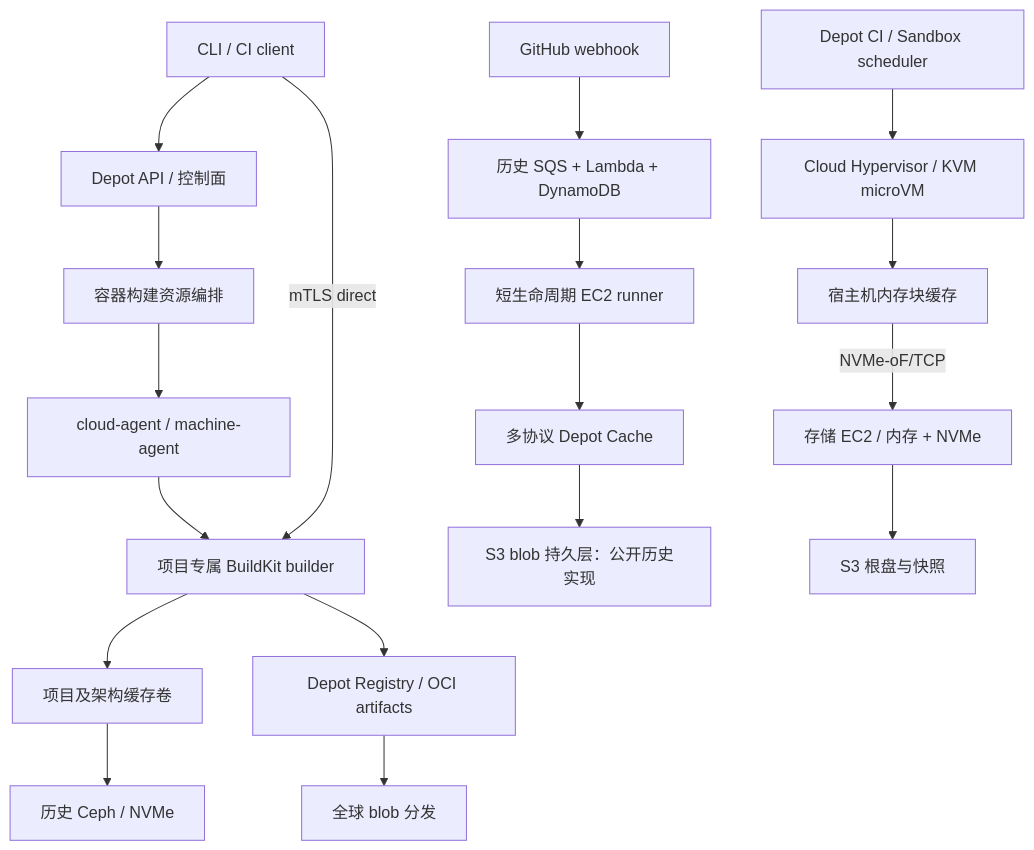
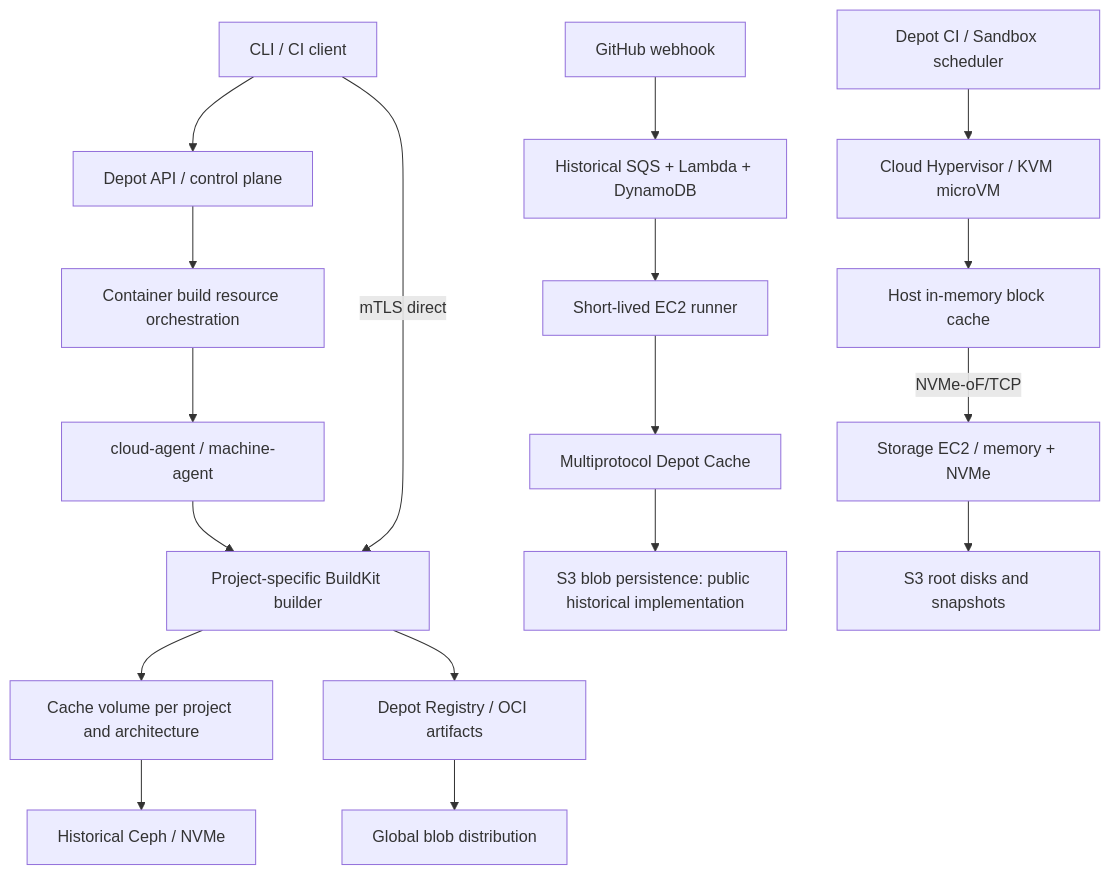
The diagram in docs/research/depot/compute-evidence.md (expbuild/expbuild), drawn with Mermaid before and after one commit. The commit also changed other lines of this file and 39 other files, not shown here.

````diff
--- a/docs/research/depot/compute-evidence.md
+++ b/docs/research/depot/compute-evidence.md
@@ -95,20 +95,20 @@
 ```mermaid
 flowchart TB
-    C[CLI / CI client] --> CP[Depot API / 控制面]
-    CP --> P[容器构建资源编排]
+    C[CLI / CI client] --> CP[Depot API / control plane]
+    CP --> P[Container build resource orchestration]
     P --> BA[cloud-agent / machine-agent]
-    BA --> BK[项目专属 BuildKit builder]
+    BA --> BK[Project-specific BuildKit builder]
     C -->|mTLS direct| BK
-    BK --> CV[项目及架构缓存卷]
-    CV --> OLD[历史 Ceph / NVMe]
+    BK --> CV[Cache volume per project and architecture]
+    CV --> OLD[Historical Ceph / NVMe]
     BK --> R[Depot Registry / OCI artifacts]
-    G[GitHub webhook] --> GP[历史 SQS + Lambda + DynamoDB]
-    GP --> GR[短生命周期 EC2 runner]
-    GR --> RC[多协议 Depot Cache]
-    RC --> S3[S3 blob 持久层：公开历史实现]
+    G[GitHub webhook] --> GP[Historical SQS + Lambda + DynamoDB]
+    GP --> GR[Short-lived EC2 runner]
+    GR --> RC[Multiprotocol Depot Cache]
+    RC --> S3[S3 blob persistence: public historical implementation]
     CI[Depot CI / Sandbox scheduler] --> VM[Cloud Hypervisor / KVM microVM]
-    VM --> H[宿主机内存块缓存]
-    H -->|NVMe-oF/TCP| ST[存储 EC2 / 内存 + NVMe]
-    ST --> SS[S3 根盘与快照]
-    R --> CDN[全球 blob 分发]
+    VM --> H[Host in-memory block cache]
+    H -->|NVMe-oF/TCP| ST[Storage EC2 / memory + NVMe]
+    ST --> SS[S3 root disks and snapshots]
+    R --> CDN[Global blob distribution]
 ```
````
